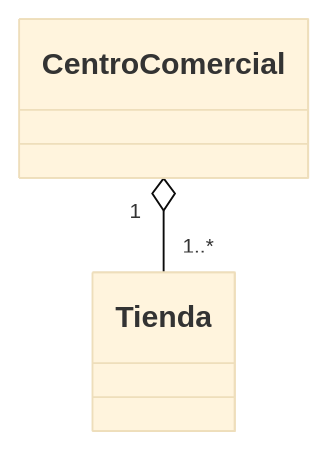
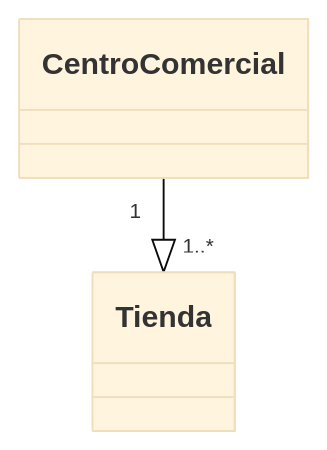
The fourth of 6 diagrams in README.md (dariorumi5/6.2.BateriaDeEjercicios), drawn with Mermaid (base theme) before and after one commit.

Commit message:
Fix class diagram relationship notation in README

````diff
--- a/README.md
+++ b/README.md
@@ -44,10 +44,10 @@
 ```mermaid
 classDiagram
     class CentroComercial {
     }
 
     class Tienda {
     }
 
-    CentroComercial "1" o-- "1..*" Tienda
+    CentroComercial "1" --|> "1..*" Tienda
 ```
````
